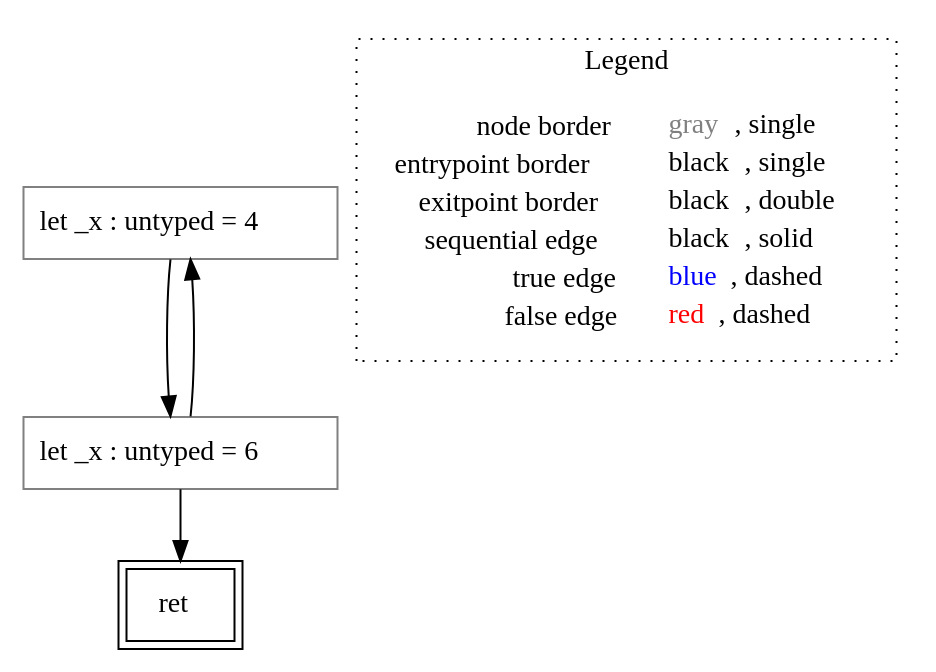
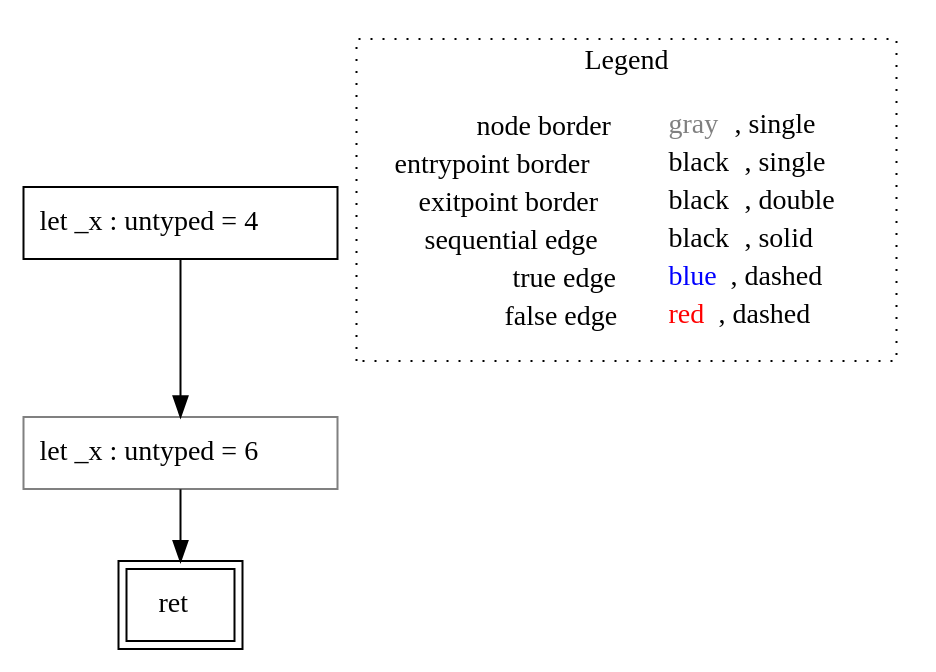
Before and after one commit to VincenzoArceri/rust-lisa: the diagram in rust-lisa/rust-testcases/cfg/return-void/()_rust-testcases_cfg_return-void_return-void.rs.func6().dot, drawn with Graphviz. The commit also changed 7 other files, not shown here.

```diff
--- a/rust-lisa/rust-testcases/cfg/return-void/()_rust-testcases_cfg_return-void_return-void.rs.func6().dot
+++ b/rust-lisa/rust-testcases/cfg/return-void/()_rust-testcases_cfg_return-void_return-void.rs.func6().dot
@@ -1,15 +1,14 @@
 digraph {
-	"node0" [shape="rect",color="gray",label=<let _x : untyped = 4>];
+	"node0" [shape="rect",color="black",label=<let _x : untyped = 4>];
 	"node1" [shape="rect",color="gray",label=<let _x : untyped = 6>];
 	"node2" [shape="rect",color="black",peripheries="2",label=<ret>];
 	"node0" -> "node1" [color="black"];
-	"node1" -> "node0" [color="black"];
 	"node1" -> "node2" [color="black"];
 subgraph cluster_legend {
 	label="Legend";
 	style=dotted;
 	node [shape=plaintext];
 	"legend" [label=<<table border="0" cellpadding="2" cellspacing="0" cellborder="0"><tr><td align="right">node border&nbsp;</td><td align="left"><font color="gray">gray</font>, single</td></tr><tr><td align="right">entrypoint border&nbsp;</td><td align="left"><font color="black">black</font>, single</td></tr><tr><td align="right">exitpoint border&nbsp;</td><td align="left"><font color="black">black</font>, double</td></tr><tr><td align="right">sequential edge&nbsp;</td><td align="left"><font color="black">black</font>, solid</td></tr><tr><td align="right">true edge&nbsp;</td><td align="left"><font color="blue">blue</font>, dashed</td></tr><tr><td align="right">false edge&nbsp;</td><td align="left"><font color="red">red</font>, dashed</td></tr></table>>];
 }
 
 }
```
